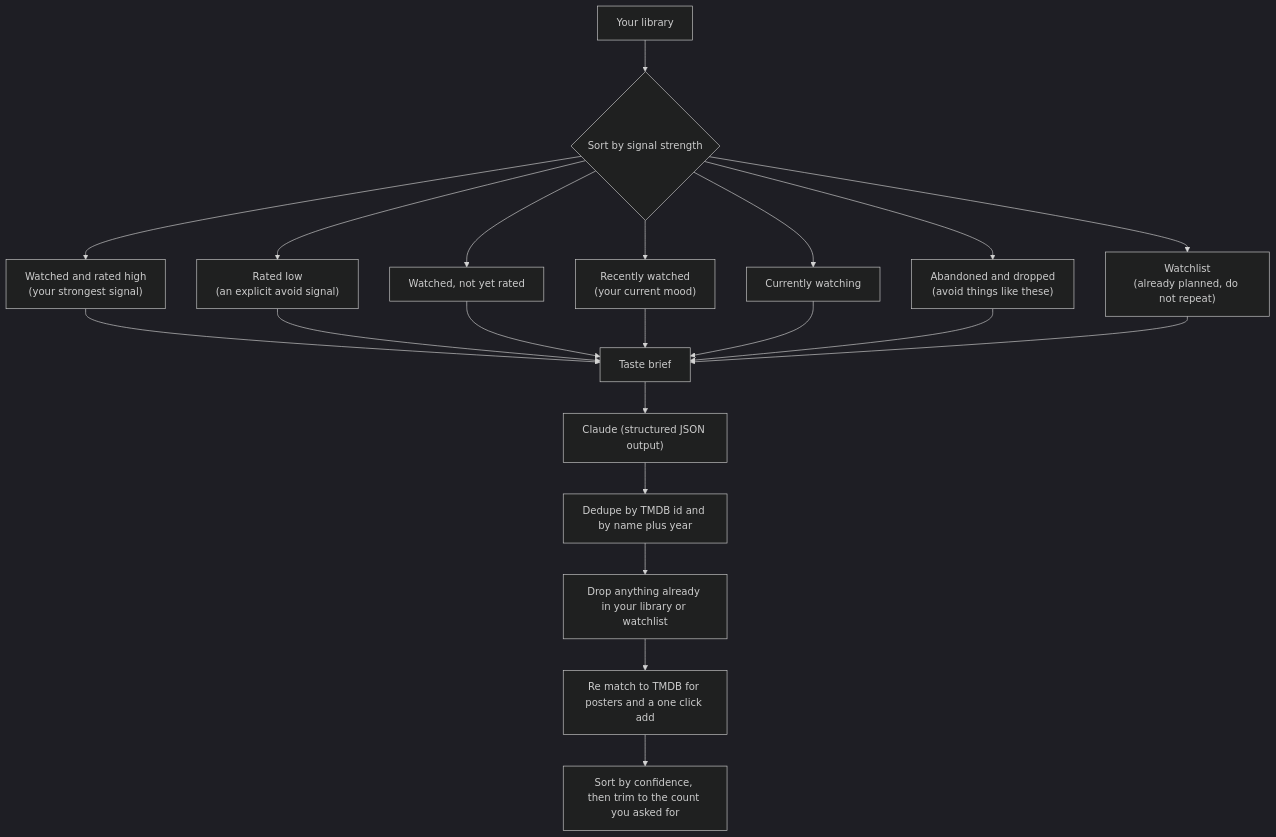
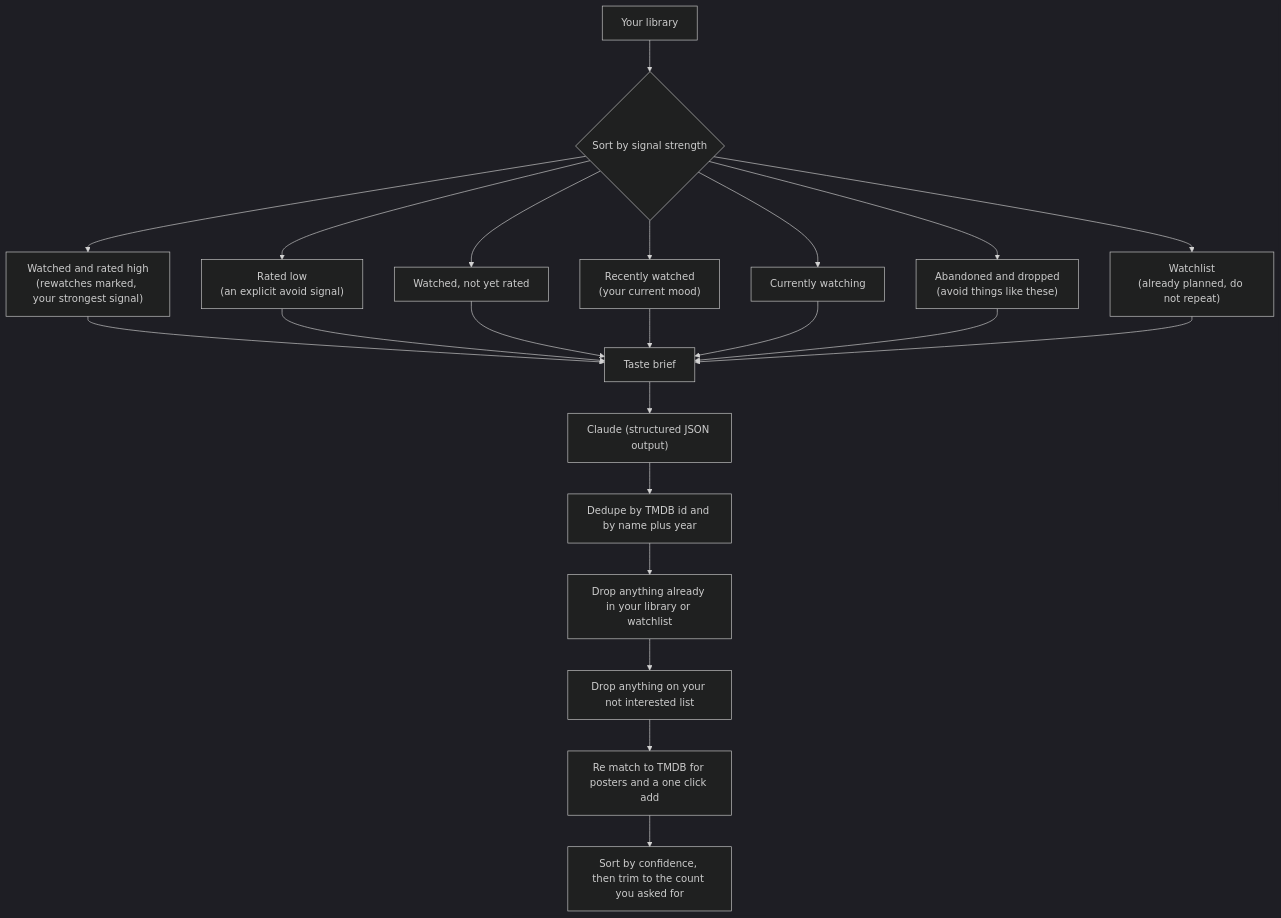
Before and after one commit to rsvptr/celluloid: the first of 3 diagrams in README.md, drawn with Mermaid (dark theme). The commit also changed other lines of this file and 65 other files, not shown here.

````diff
--- a/README.md
+++ b/README.md
@@ -83,23 +87,24 @@
 ```mermaid
 flowchart TD
     A["Your library"] --> B{"Sort by signal strength"}
-    B --> C["Watched and rated high<br/>(your strongest signal)"]
+    B --> C["Watched and rated high<br/>(rewatches marked, your strongest signal)"]
     B --> D["Rated low<br/>(an explicit avoid signal)"]
     B --> E["Watched, not yet rated"]
     B --> F["Recently watched<br/>(your current mood)"]
     B --> G["Currently watching"]
     B --> H["Abandoned and dropped<br/>(avoid things like these)"]
     B --> I["Watchlist<br/>(already planned, do not repeat)"]
     C --> J["Taste brief"]
     D --> J
     E --> J
     F --> J
     G --> J
     H --> J
     I --> J
     J --> K["Claude (structured JSON output)"]
     K --> L["Dedupe by TMDB id and by name plus year"]
     L --> M["Drop anything already in your library or watchlist"]
-    M --> N["Re match to TMDB for posters and a one click add"]
+    M --> P["Drop anything on your not interested list"]
+    P --> N["Re match to TMDB for posters and a one click add"]
     N --> O["Sort by confidence, then trim to the count you asked for"]
 ```
````
